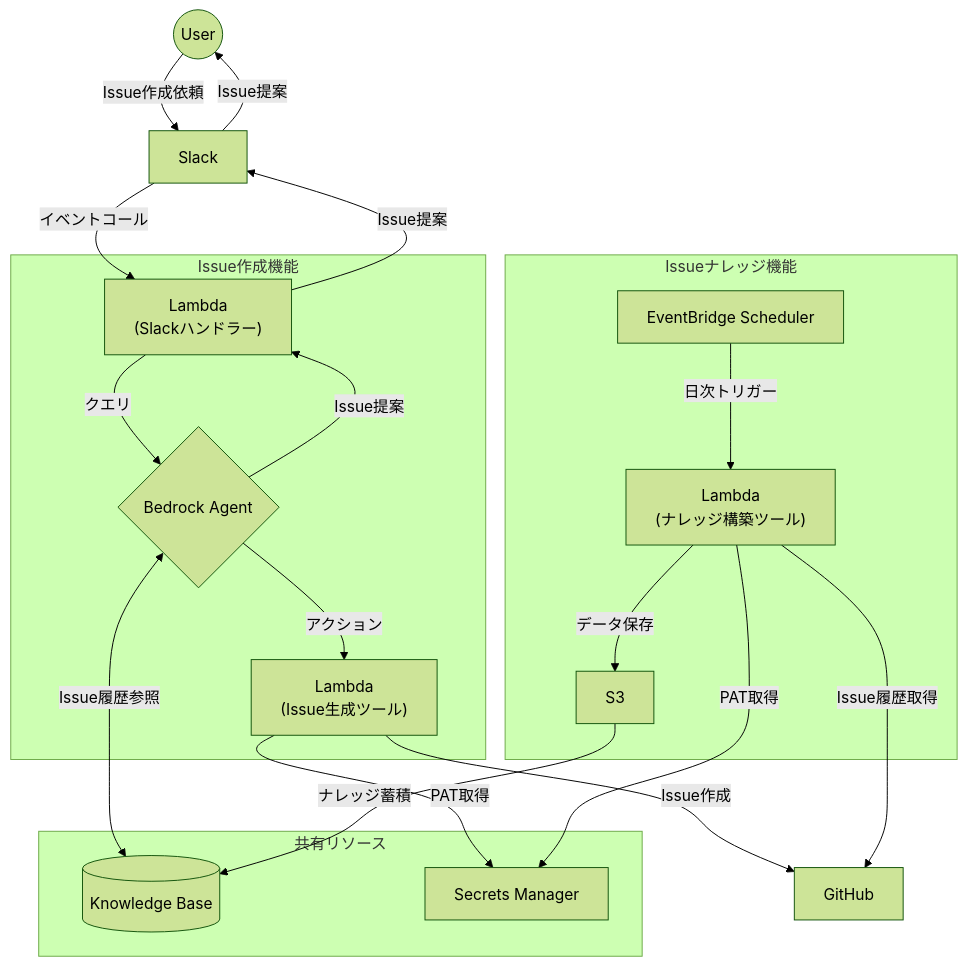
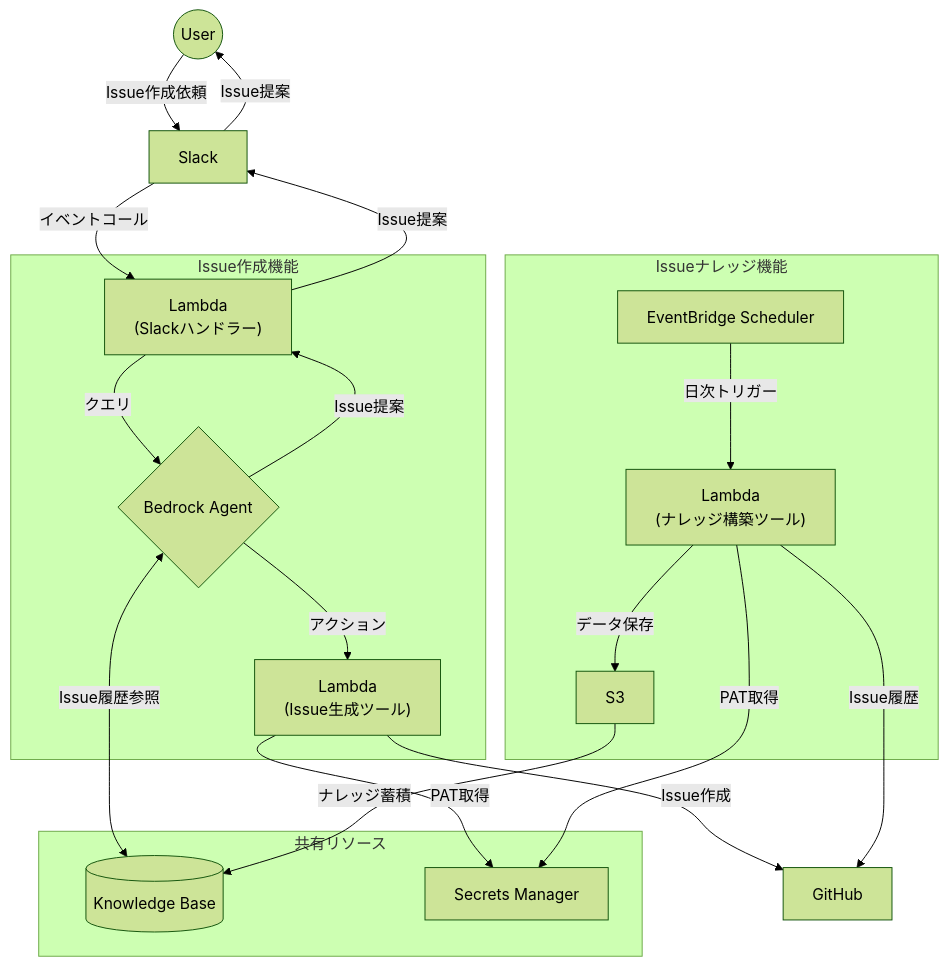
The second of 7 diagrams in DESIGN.md (nangashi/ai-test), drawn with Mermaid (forest theme) before and after one commit. The commit also changed other lines of this file, not shown here.

````diff
--- a/DESIGN.md
+++ b/DESIGN.md
@@ -36,42 +36,42 @@
 ```mermaid
 graph TB
     U((User))
     S[Slack]
     GH[GitHub]
 
     subgraph "Issue作成機能"
         SH["Lambda<br/>(Slackハンドラー)"]
         IG["Lambda<br/>(Issue生成ツール)"]
         BA{Bedrock Agent}
     end
 
     subgraph "Issueナレッジ機能"
         ES[EventBridge Scheduler]
         KB_TOOL["Lambda<br/>(ナレッジ構築ツール)"]
         S3[S3]
     end
 
     subgraph "共有リソース"
         KB[("Knowledge Base")]
         SM[Secrets Manager]
     end
 
     U -->|Issue作成依頼| S
     S -->|イベントコール| SH
     SH -->|クエリ| BA
     BA -->|アクション| IG
     IG -->|Issue作成| GH
     BA -->|Issue提案| SH
     SH -->|Issue提案| S
     S -->|Issue提案| U
 
     ES -->|日次トリガー| KB_TOOL
-    KB_TOOL -->|Issue履歴取得| GH
+    KB_TOOL -->|Issue履歴| GH
     KB_TOOL -->|データ保存| S3
 
     BA <-->|Issue履歴参照| KB
     S3 -->|ナレッジ蓄積| KB
 
     IG -->|PAT取得| SM
     KB_TOOL -->|PAT取得| SM
 ```
````
